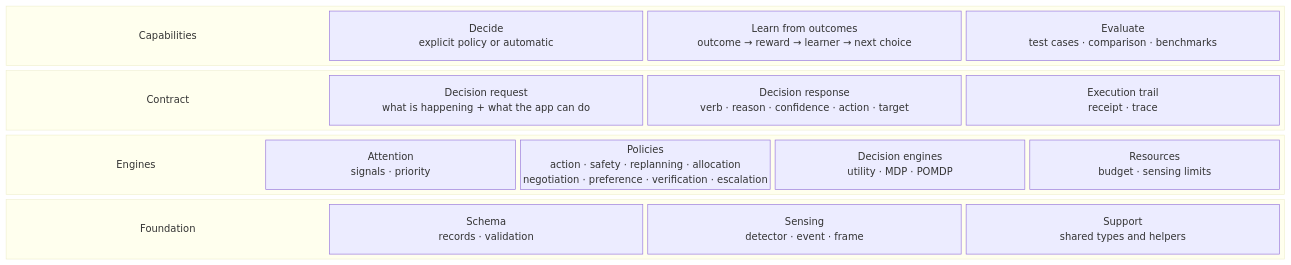
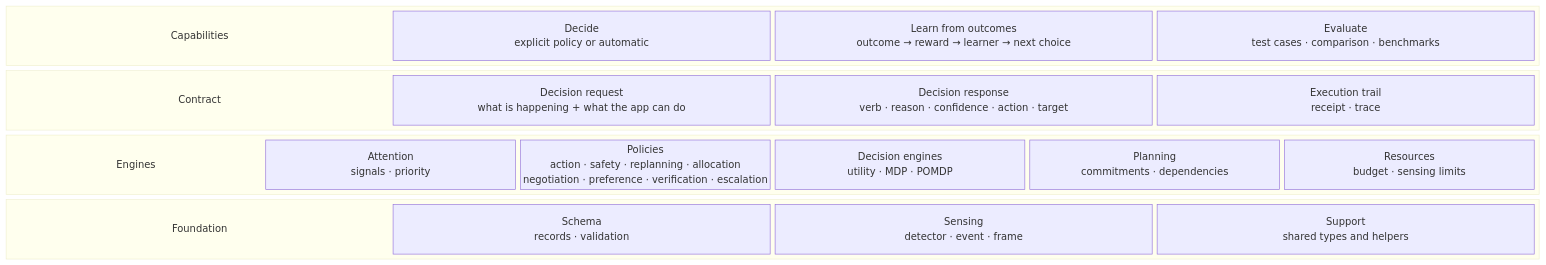
The diagram in docs/core/00-core-architecture.md (michaelatamuk/laix), drawn with Mermaid before and after one commit. The commit also changed other lines of this file and 47 other files, not shown here.

````diff
--- a/docs/core/00-core-architecture.md
+++ b/docs/core/00-core-architecture.md
@@ -5,42 +5,43 @@
 ```mermaid
 block-beta
     columns 1
 
     block:capabilities
         columns 4
         capabilities_label["Capabilities"]
         decide["Decide<br/>explicit policy or automatic"]
         learn["Learn from outcomes<br/>outcome → reward → learner → next choice"]
         evaluate["Evaluate<br/>test cases · comparison · benchmarks"]
     end
 
     block:contract
         columns 4
         contract_label["Contract"]
         request["Decision request<br/>what is happening + what the app can do"]
         response["Decision response<br/>verb · reason · confidence · action · target"]
         trail["Execution trail<br/>receipt · trace"]
     end
 
     block:engines
-        columns 5
+        columns 6
         engines_label["Engines"]
         attention["Attention<br/>signals · priority"]
         policies["Policies<br/>action · safety · replanning · allocation<br/>negotiation · preference · verification · escalation"]
         planners["Decision engines<br/>utility · MDP · POMDP"]
+        planning["Planning<br/>commitments · dependencies"]
         resources["Resources<br/>budget · sensing limits"]
     end
 
     block:foundation
         columns 4
         foundation_label["Foundation"]
         schema["Schema<br/>records · validation"]
         sensing["Sensing<br/>detector · event · frame"]
         support["Support<br/>shared types and helpers"]
     end
 
     style capabilities_label fill:transparent,stroke:transparent,font-size:22px,font-weight:bold
     style contract_label fill:transparent,stroke:transparent,font-size:14px,font-weight:bold
     style engines_label fill:transparent,stroke:transparent,font-weight:bold
     style foundation_label fill:transparent,stroke:transparent,font-weight:bold
 ```
````
